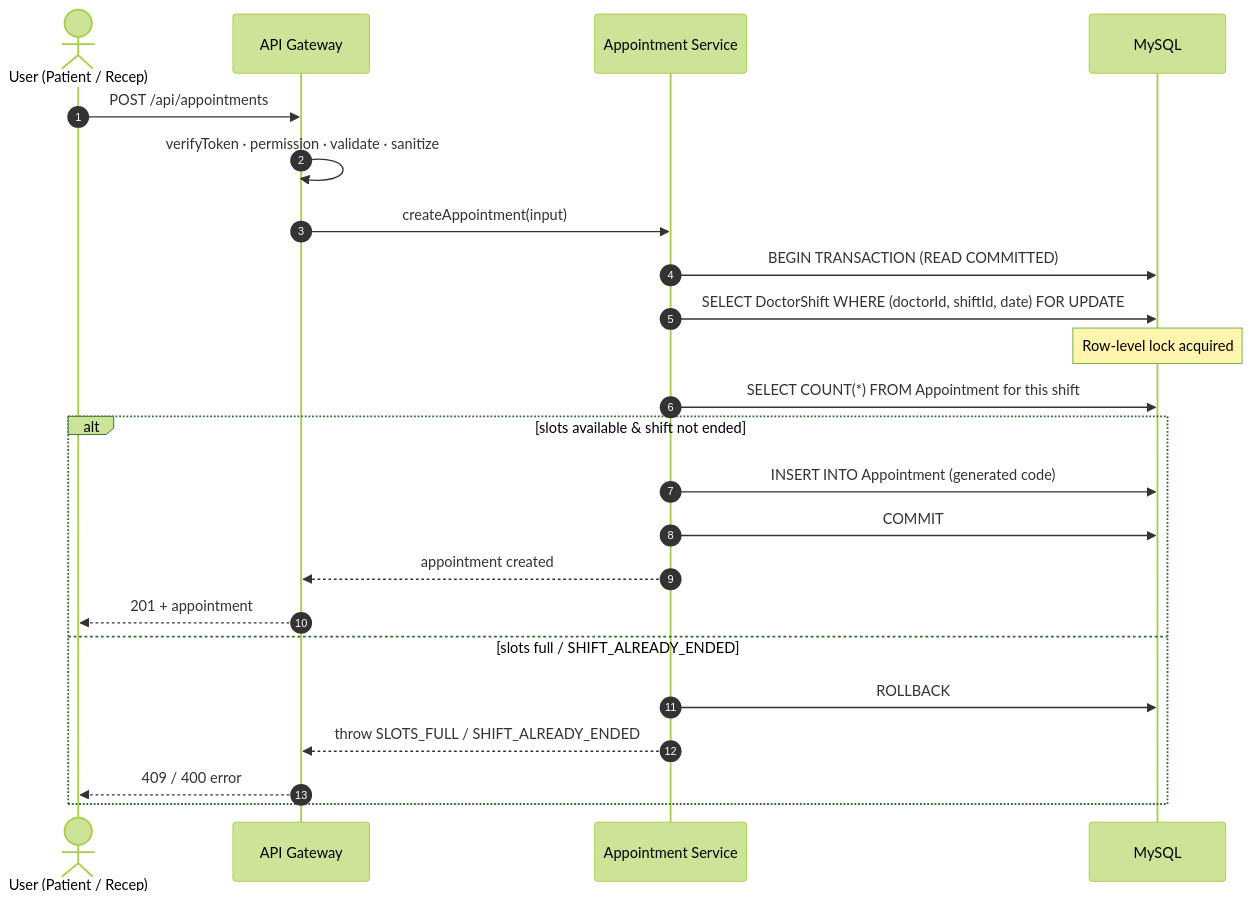
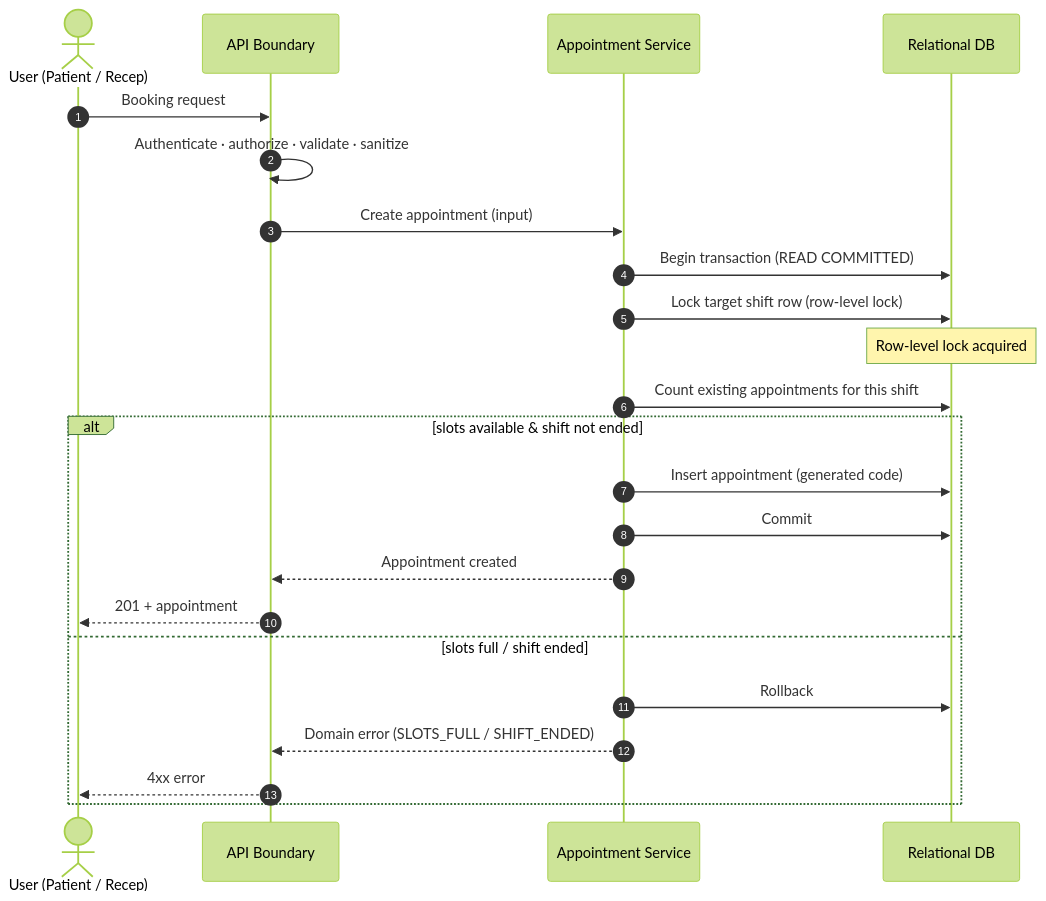
One commit to MinhThienNguyen040905/SE356---He-thong-phong-kham changed the fifth of 11 diagrams in Docs/ADD.md. Above: the diagram before and after it, drawn with Mermaid (forest theme). The commit also changed other lines of this file, not shown here.

````diff
--- a/Docs/ADD.md
+++ b/Docs/ADD.md
@@ -640,26 +649,26 @@
 ```mermaid
 sequenceDiagram
     autonumber
     actor U as User (Patient / Recep)
-    participant API as API Gateway
+    participant API as API Boundary
     participant SVC as Appointment Service
-    participant DB as MySQL
+    participant DB as Relational DB
 
-    U->>API: POST /api/appointments
-    API->>API: verifyToken · permission · validate · sanitize
-    API->>SVC: createAppointment(input)
-    SVC->>DB: BEGIN TRANSACTION (READ COMMITTED)
-    SVC->>DB: SELECT DoctorShift WHERE (doctorId, shiftId, date) FOR UPDATE
+    U->>API: Booking request
+    API->>API: Authenticate · authorize · validate · sanitize
+    API->>SVC: Create appointment (input)
+    SVC->>DB: Begin transaction (READ COMMITTED)
+    SVC->>DB: Lock target shift row (row-level lock)
     Note over DB: Row-level lock acquired
-    SVC->>DB: SELECT COUNT(*) FROM Appointment for this shift
+    SVC->>DB: Count existing appointments for this shift
     alt slots available & shift not ended
-        SVC->>DB: INSERT INTO Appointment (generated code)
-        SVC->>DB: COMMIT
-        SVC-->>API: appointment created
+        SVC->>DB: Insert appointment (generated code)
+        SVC->>DB: Commit
+        SVC-->>API: Appointment created
         API-->>U: 201 + appointment
-    else slots full / SHIFT_ALREADY_ENDED
-        SVC->>DB: ROLLBACK
-        SVC-->>API: throw SLOTS_FULL / SHIFT_ALREADY_ENDED
-        API-->>U: 409 / 400 error
+    else slots full / shift ended
+        SVC->>DB: Rollback
+        SVC-->>API: Domain error (SLOTS_FULL / SHIFT_ENDED)
+        API-->>U: 4xx error
     end
 ```
````
